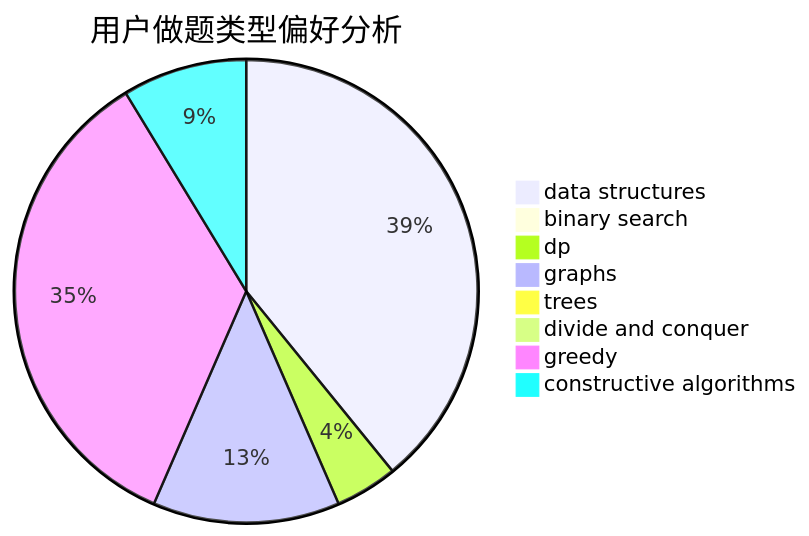
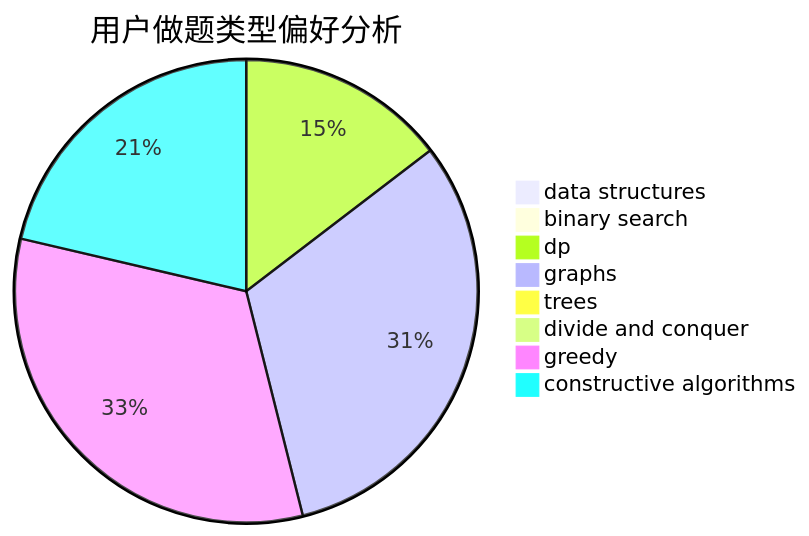
Before and after one commit to sherpahu/cfrs.github.io: the second of 3 diagrams in docs/user/u2126.md, drawn with Mermaid. The commit also changed other lines of this file and 2770 other files, not shown here.

````diff
--- a/docs/user/u2126.md
+++ b/docs/user/u2126.md
@@ -23,11 +23,11 @@
 ```mermaid
 pie title 用户做题类型偏好分析
-    "data structures" :  18
+    "data structures" :  0
     "binary search" :  0
-    "dp" :  2
-    "graphs" :  6
+    "dp" :  13
+    "graphs" :  28
     "trees" :  0
     "divide and conquer" :  0
-    "greedy" :  16
-    "constructive algorithms" :  4
+    "greedy" :  29
+    "constructive algorithms" :  19
 ```
````
